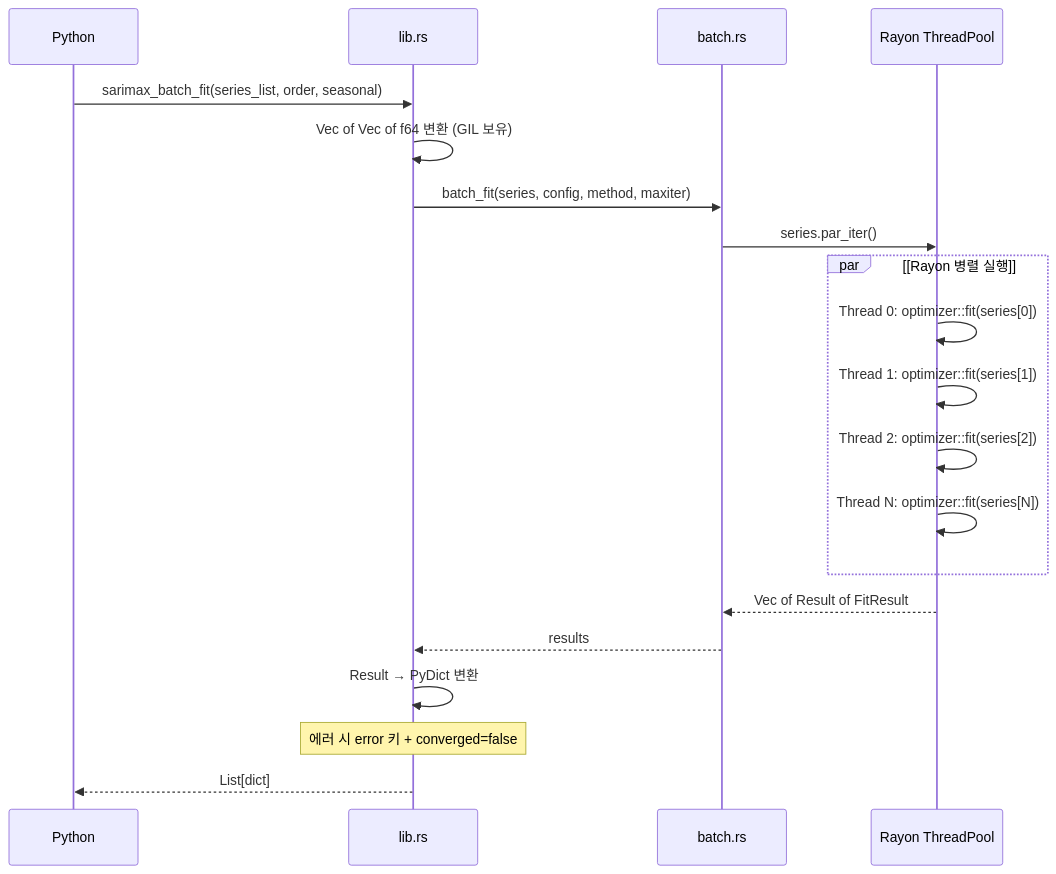
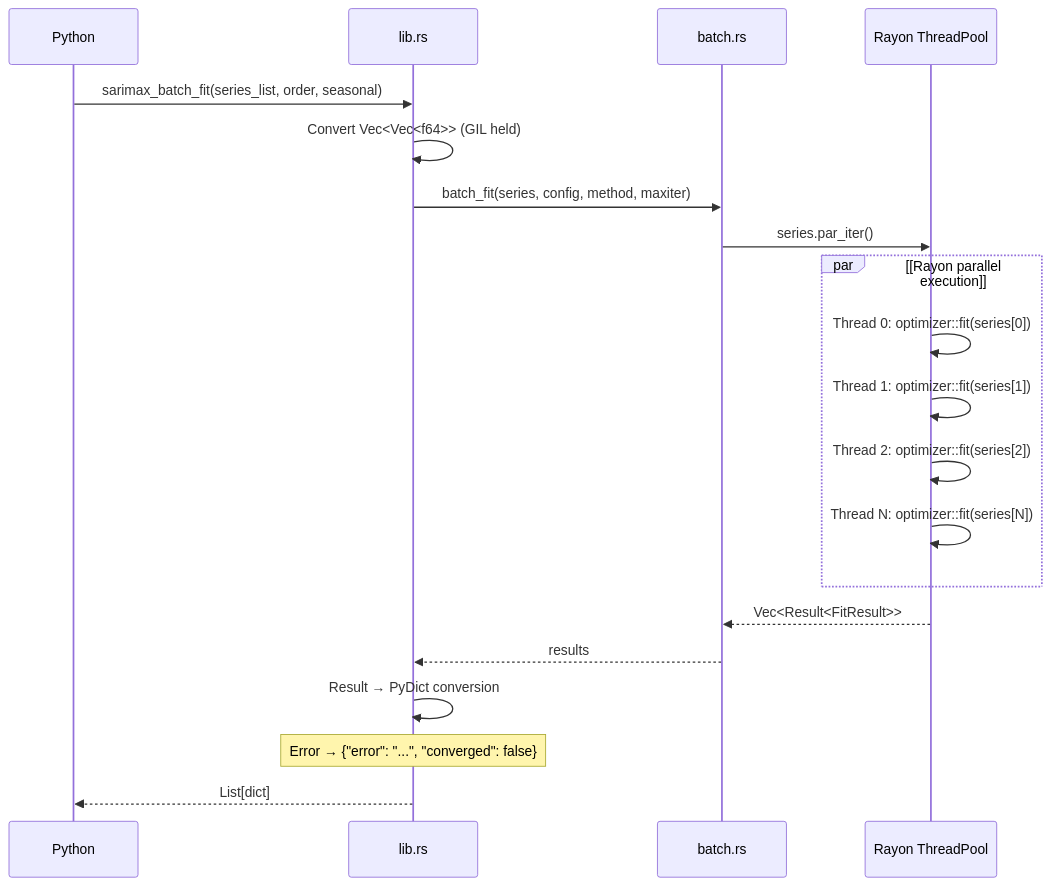
The fourth of 5 diagrams in README.md (zongseung/Rust-python-arima), drawn with Mermaid before and after one commit. The commit also changed other lines of this file and 5 other files, not shown here.

````diff
--- a/README.md
+++ b/README.md
@@ -267,27 +297,27 @@
 ```mermaid
 sequenceDiagram
     participant P as Python
     participant L as lib.rs
     participant B as batch.rs
     participant R as Rayon ThreadPool
 
     P->>L: sarimax_batch_fit(series_list, order, seasonal)
-    L->>L: Vec of Vec of f64 변환 (GIL 보유)
+    L->>L: Convert Vec<Vec<f64>> (GIL held)
     L->>B: batch_fit(series, config, method, maxiter)
 
     B->>R: series.par_iter()
 
-    par [Rayon 병렬 실행]
+    par [Rayon parallel execution]
         R->>R: Thread 0: optimizer::fit(series[0])
         R->>R: Thread 1: optimizer::fit(series[1])
         R->>R: Thread 2: optimizer::fit(series[2])
         R->>R: Thread N: optimizer::fit(series[N])
     end
 
-    R-->>B: Vec of Result of FitResult
+    R-->>B: Vec<Result<FitResult>>
 
     B-->>L: results
-    L->>L: Result → PyDict 변환
-    Note over L: 에러 시 error 키 + converged=false
+    L->>L: Result → PyDict conversion
+    Note over L: Error → {"error": "...", "converged": false}
     L-->>P: List[dict]
 ```
````
